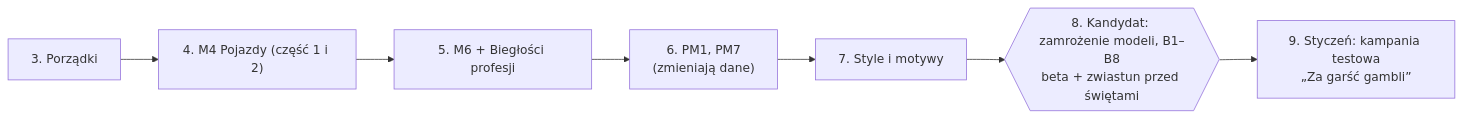
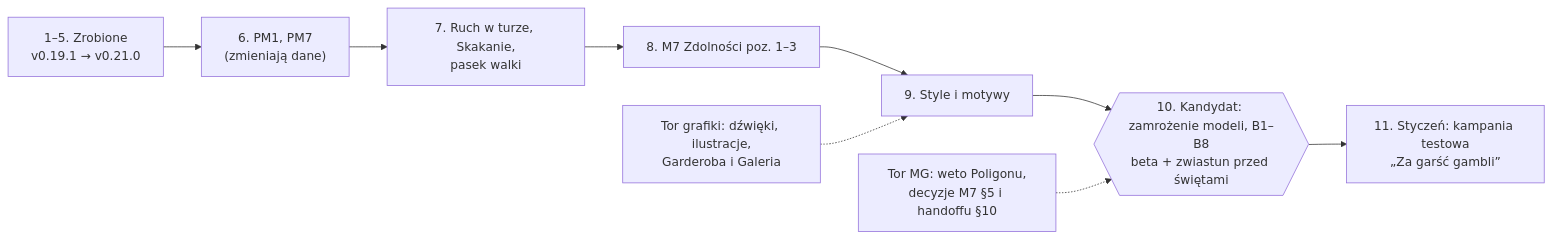
Before and after one commit to jjanisze/FVTT-NOE: the first of 2 diagrams in PLAN_beta.md, drawn with Mermaid. The commit also changed other lines of this file and 180 other files, not shown here.

````diff
--- a/PLAN_beta.md
+++ b/PLAN_beta.md
@@ -31,9 +39,11 @@
 ```mermaid
 flowchart LR
-  P["3. Porządki"] --> M4["4. M4 Pojazdy (część 1 i 2)"]
-  M4 --> M6["5. M6 + Biegłości profesji"]
-  M6 --> PM["6. PM1, PM7<br/>(zmieniają dane)"]
-  PM --> ST["7. Style i motywy"]
-  ST --> RC{{"8. Kandydat: zamrożenie modeli, B1–B8<br/>beta + zwiastun przed świętami"}}
-  RC --> GG["9. Styczeń: kampania testowa<br/>„Za garść gambli”"]
+  DONE["1–5. Zrobione<br/>v0.19.1 → v0.21.0"] --> PM["6. PM1, PM7<br/>(zmieniają dane)"]
+  PM --> RU["7. Ruch w turze, Skakanie,<br/>pasek walki"]
+  RU --> M7["8. M7 Zdolności poz. 1–3"]
+  M7 --> ST["9. Style i motywy"]
+  ST --> RC{{"10. Kandydat: zamrożenie modeli, B1–B8<br/>beta + zwiastun przed świętami"}}
+  RC --> GG["11. Styczeń: kampania testowa<br/>„Za garść gambli”"]
+  MG["Tor MG: weto Poligonu,<br/>decyzje M7 §5 i handoffu §10"] -.-> RC
+  ART["Tor grafiki: dźwięki, ilustracje,<br/>Garderoba i Galeria"] -.-> ST
 ```
````
